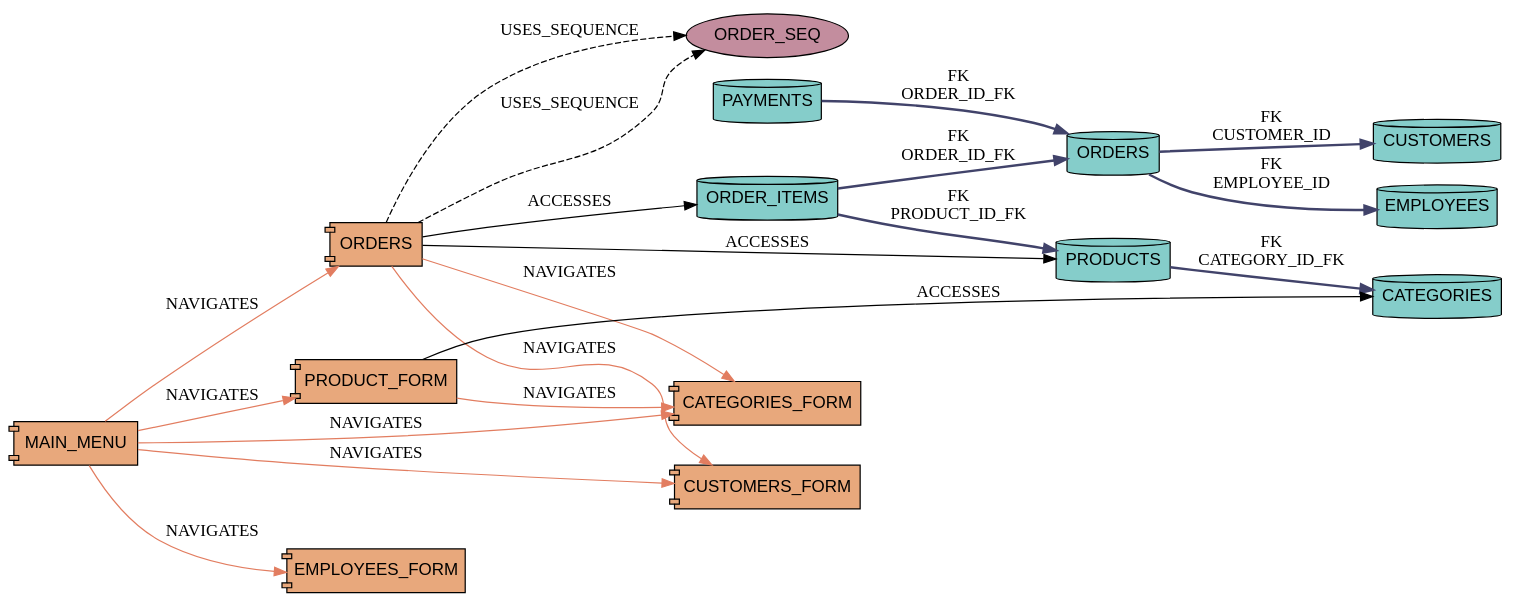
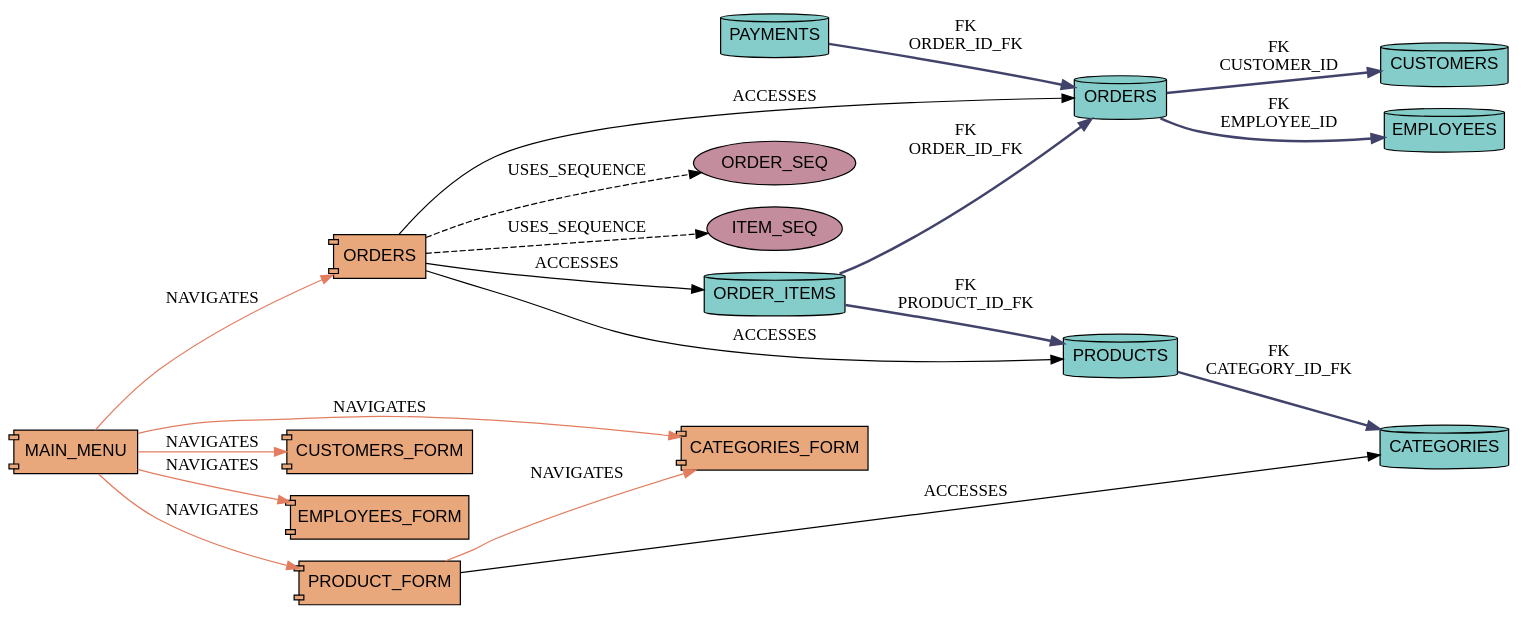
The diagram in pipeline/stage1_parse/graph/graph.dot (aws-samples/sample-oracleforms-to-angular), drawn with Graphviz before and after one commit. The commit also changed 48 other files, not shown here.

```diff
--- a/pipeline/stage1_parse/graph/graph.dot
+++ b/pipeline/stage1_parse/graph/graph.dot
@@ -1,37 +1,37 @@
 digraph RIMS_GPC {
   rankdir=LR;
   node [style=filled,fontname="Helvetica"];
   "table:CATEGORIES" [shape=cylinder,fillcolor="#85CDCA",label="CATEGORIES"];
   "table:CUSTOMERS" [shape=cylinder,fillcolor="#85CDCA",label="CUSTOMERS"];
   "table:EMPLOYEES" [shape=cylinder,fillcolor="#85CDCA",label="EMPLOYEES"];
   "table:PRODUCTS" [shape=cylinder,fillcolor="#85CDCA",label="PRODUCTS"];
   "table:ORDERS" [shape=cylinder,fillcolor="#85CDCA",label="ORDERS"];
   "table:ORDER_ITEMS" [shape=cylinder,fillcolor="#85CDCA",label="ORDER_ITEMS"];
   "table:PAYMENTS" [shape=cylinder,fillcolor="#85CDCA",label="PAYMENTS"];
   "form:MAIN_MENU" [shape=component,fillcolor="#E8A87C",label="MAIN_MENU"];
   "form:ORDERS" [shape=component,fillcolor="#E8A87C",label="ORDERS"];
   "sequence:ORDER_SEQ" [shape=oval,fillcolor="#C38D9E",label="ORDER_SEQ"];
+  "sequence:ITEM_SEQ" [shape=oval,fillcolor="#C38D9E",label="ITEM_SEQ"];
   "form:CATEGORIES_FORM" [shape=component,fillcolor="#E8A87C",label="CATEGORIES_FORM"];
   "form:CUSTOMERS_FORM" [shape=component,fillcolor="#E8A87C",label="CUSTOMERS_FORM"];
   "form:EMPLOYEES_FORM" [shape=component,fillcolor="#E8A87C",label="EMPLOYEES_FORM"];
   "form:PRODUCT_FORM" [shape=component,fillcolor="#E8A87C",label="PRODUCT_FORM"];
   "table:PRODUCTS" -> "table:CATEGORIES" [color="#41436A",style=bold,label="FK\nCATEGORY_ID_FK"];
   "table:ORDERS" -> "table:CUSTOMERS" [color="#41436A",style=bold,label="FK\nCUSTOMER_ID"];
   "table:ORDERS" -> "table:EMPLOYEES" [color="#41436A",style=bold,label="FK\nEMPLOYEE_ID"];
   "table:ORDER_ITEMS" -> "table:ORDERS" [color="#41436A",style=bold,label="FK\nORDER_ID_FK"];
   "table:ORDER_ITEMS" -> "table:PRODUCTS" [color="#41436A",style=bold,label="FK\nPRODUCT_ID_FK"];
   "table:PAYMENTS" -> "table:ORDERS" [color="#41436A",style=bold,label="FK\nORDER_ID_FK"];
   "form:MAIN_MENU" -> "form:CATEGORIES_FORM" [color="#E27D60",label="NAVIGATES"];
   "form:MAIN_MENU" -> "form:CUSTOMERS_FORM" [color="#E27D60",label="NAVIGATES"];
   "form:MAIN_MENU" -> "form:EMPLOYEES_FORM" [color="#E27D60",label="NAVIGATES"];
   "form:MAIN_MENU" -> "form:ORDERS" [color="#E27D60",label="NAVIGATES"];
   "form:MAIN_MENU" -> "form:PRODUCT_FORM" [color="#E27D60",label="NAVIGATES"];
-  "form:ORDERS" -> "form:CATEGORIES_FORM" [color="#E27D60",label="NAVIGATES"];
-  "form:ORDERS" -> "form:CUSTOMERS_FORM" [color="#E27D60",label="NAVIGATES"];
+  "form:ORDERS" -> "table:ORDERS" [color="#666",label="ACCESSES"];
   "form:ORDERS" -> "table:ORDER_ITEMS" [color="#666",label="ACCESSES"];
   "form:ORDERS" -> "table:PRODUCTS" [color="#666",label="ACCESSES"];
   "form:ORDERS" -> "sequence:ORDER_SEQ" [color="#999",style=dashed,label="USES_SEQUENCE"];
-  "form:ORDERS" -> "sequence:ORDER_SEQ" [color="#999",style=dashed,label="USES_SEQUENCE"];
+  "form:ORDERS" -> "sequence:ITEM_SEQ" [color="#999",style=dashed,label="USES_SEQUENCE"];
   "form:PRODUCT_FORM" -> "form:CATEGORIES_FORM" [color="#E27D60",label="NAVIGATES"];
   "form:PRODUCT_FORM" -> "table:CATEGORIES" [color="#666",label="ACCESSES"];
 }
```
